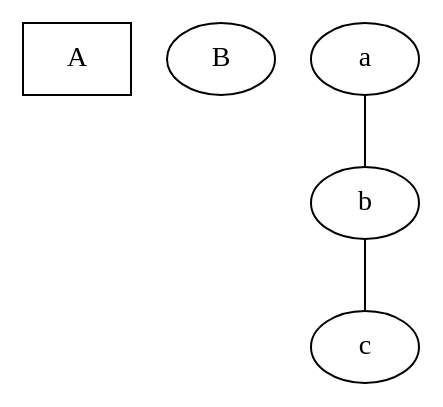
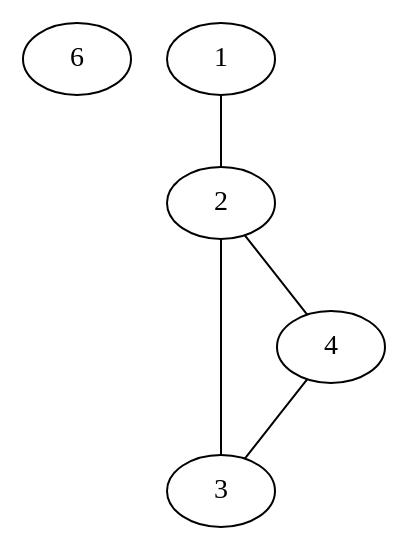
Before and after one commit to YaccConstructor/QuickGraph: the diagram in DotParserProject/test_inputs/test1.dot, drawn with Graphviz. The commit also changed 11 other files, not shown here.

```diff
--- a/DotParserProject/test_inputs/test1.dot
+++ b/DotParserProject/test_inputs/test1.dot
@@ -1,10 +1,12 @@
 strict graph test1_graph {
 graph [color = red]
 node [col = b, tail = bp];
-A: ne [name = Anode, size=123,shape=rect]
-B: nextnode : se;
 edge [ size = 100500 ]
-a -- b -- c [name = Cnode]
-node [ shape=Triangle ];
 style=fashionable
+
+6 [lable = "v1"]
+
+1 -- 2 -- 3 [weight = 10]
+4 -- 3 [weight = 5]
+2 -- 4 [weight = 1]
 }
```
